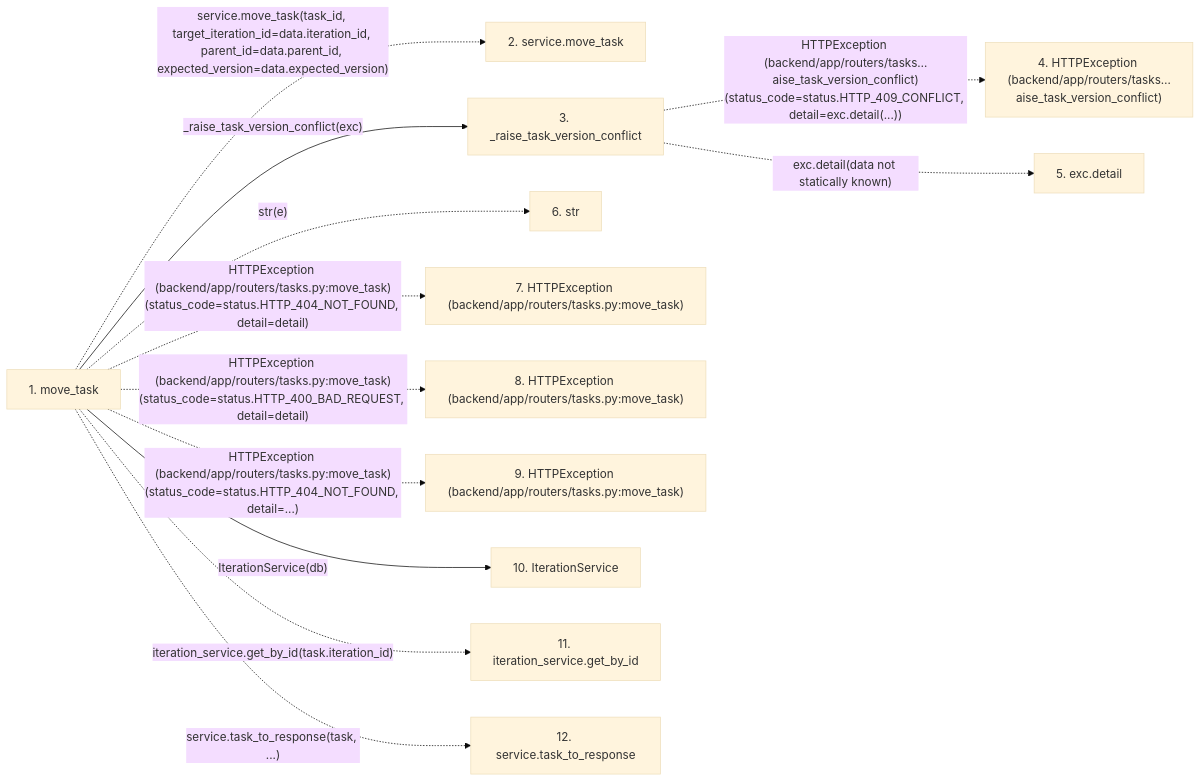
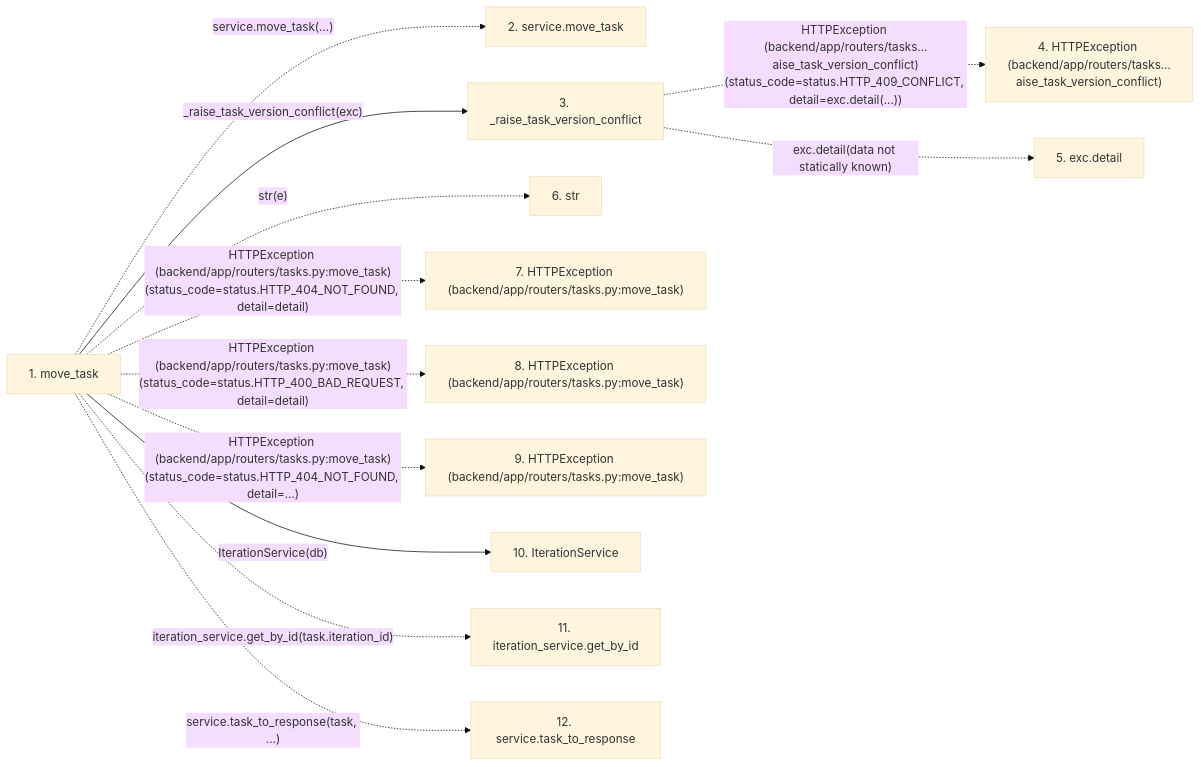
One commit to Denissvgn/WorkChord changed the second of 2 diagrams in docs/llm_wiki/flows/http-move_task.md. Above: the diagram before and after it, drawn with Mermaid (base theme). The commit also changed other lines of this file and 958 other files, not shown here.

First line of the commit message:
docs(wiki): refresh identity and recovery architecture

````diff
--- a/docs/llm_wiki/flows/http-move_task.md
+++ b/docs/llm_wiki/flows/http-move_task.md
@@ -38,29 +38,29 @@
 ```mermaid
 flowchart LR
     s1["1. move_task"]
     s2["2. service.move_task"]
     s3["3. _raise_task_version_conflict"]
     s4["4. HTTPException (backend/app/routers/tasks…aise_task_version_conflict)"]
     s5["5. exc.detail"]
     s6["6. str"]
     s7["7. HTTPException (backend/app/routers/tasks.py:move_task)"]
     s8["8. HTTPException (backend/app/routers/tasks.py:move_task)"]
     s9["9. HTTPException (backend/app/routers/tasks.py:move_task)"]
     s10["10. IterationService"]
     s11["11. iteration_service.get_by_id"]
     s12["12. service.task_to_response"]
-    s1 -. "service.move_task(task_id, target_iteration_id=data.iteration_id, parent_id=data.parent_id, expected_version=data.expected_version)" .-> s2
+    s1 -. "service.move_task(…)" .-> s2
     s1 -->|"_raise_task_version_conflict(exc)"| s3
     s3 -. "HTTPException (backend/app/routers/tasks…aise_task_version_conflict)(status_code=status.HTTP_409_CONFLICT, detail=exc.detail(...))" .-> s4
     s3 -. "exc.detail(data not statically known)" .-> s5
     s1 -. "str(e)" .-> s6
     s1 -. "HTTPException (backend/app/routers/tasks.py:move_task)(status_code=status.HTTP_404_NOT_FOUND, detail=detail)" .-> s7
     s1 -. "HTTPException (backend/app/routers/tasks.py:move_task)(status_code=status.HTTP_400_BAD_REQUEST, detail=detail)" .-> s8
     s1 -. "HTTPException (backend/app/routers/tasks.py:move_task)(status_code=status.HTTP_404_NOT_FOUND, detail=...)" .-> s9
     s1 -->|"IterationService(db)"| s10
     s1 -. "iteration_service.get_by_id(task.iteration_id)" .-> s11
     s1 -. "service.task_to_response(task, ...)" .-> s12
     click s1 "../modules/tasks.md"
     click s3 "../modules/tasks.md"
     click s10 "../modules/iteration_service.md"
 ```
````
